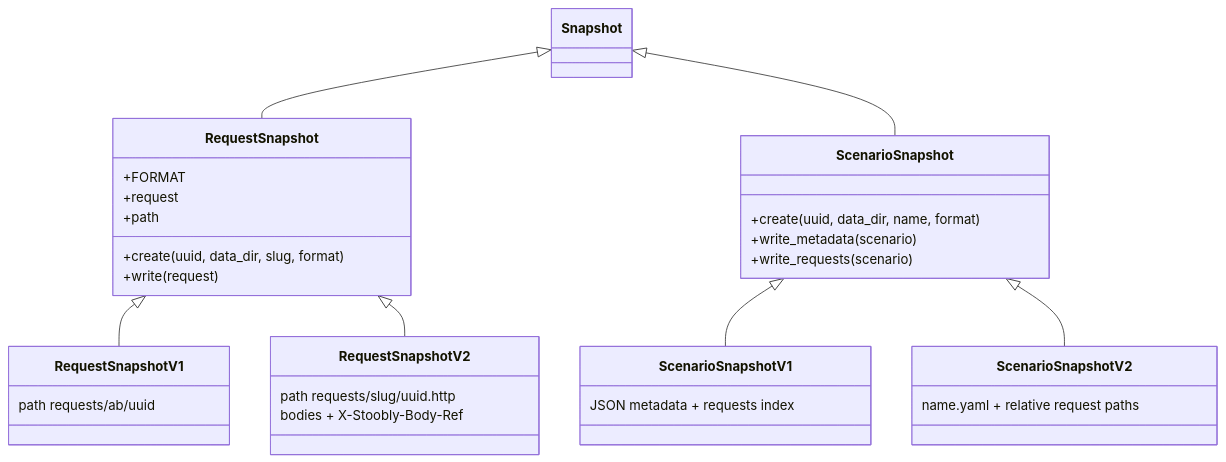
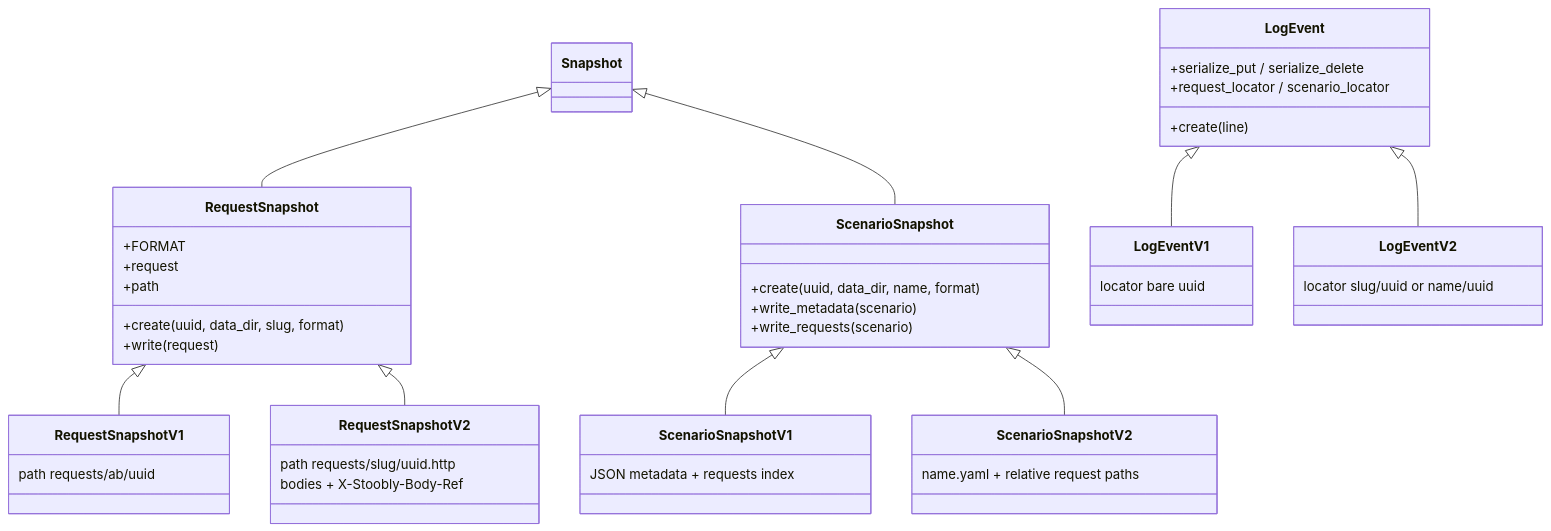
One commit to Stoobly/stoobly-agent changed the second of 2 diagrams in docs/snapshot-create.md. Above: the diagram before and after it, drawn with Mermaid. The commit also changed other lines of this file and 4 other files, not shown here.

First line of the commit message:
Split history log events into LogEventV1/V2.

````diff
--- a/docs/snapshot-create.md
+++ b/docs/snapshot-create.md
@@ -40,35 +40,48 @@
 ```mermaid
 classDiagram
   Snapshot <|-- RequestSnapshot
   RequestSnapshot <|-- RequestSnapshotV1
   RequestSnapshot <|-- RequestSnapshotV2
   Snapshot <|-- ScenarioSnapshot
   ScenarioSnapshot <|-- ScenarioSnapshotV1
   ScenarioSnapshot <|-- ScenarioSnapshotV2
+  LogEvent <|-- LogEventV1
+  LogEvent <|-- LogEventV2
 
   class RequestSnapshot {
     +create(uuid, data_dir, slug, format)
     +FORMAT
     +write(request)
     +request
     +path
   }
   class RequestSnapshotV1 {
     path requests/ab/uuid
   }
   class RequestSnapshotV2 {
     path requests/slug/uuid.http
     bodies + X-Stoobly-Body-Ref
   }
   class ScenarioSnapshot {
     +create(uuid, data_dir, name, format)
     +write_metadata(scenario)
     +write_requests(scenario)
   }
   class ScenarioSnapshotV1 {
     JSON metadata + requests index
   }
   class ScenarioSnapshotV2 {
     name.yaml + relative request paths
   }
+  class LogEvent {
+    +create(line)
+    +serialize_put / serialize_delete
+    +request_locator / scenario_locator
+  }
+  class LogEventV1 {
+    locator bare uuid
+  }
+  class LogEventV2 {
+    locator slug/uuid or name/uuid
+  }
 ```
````
